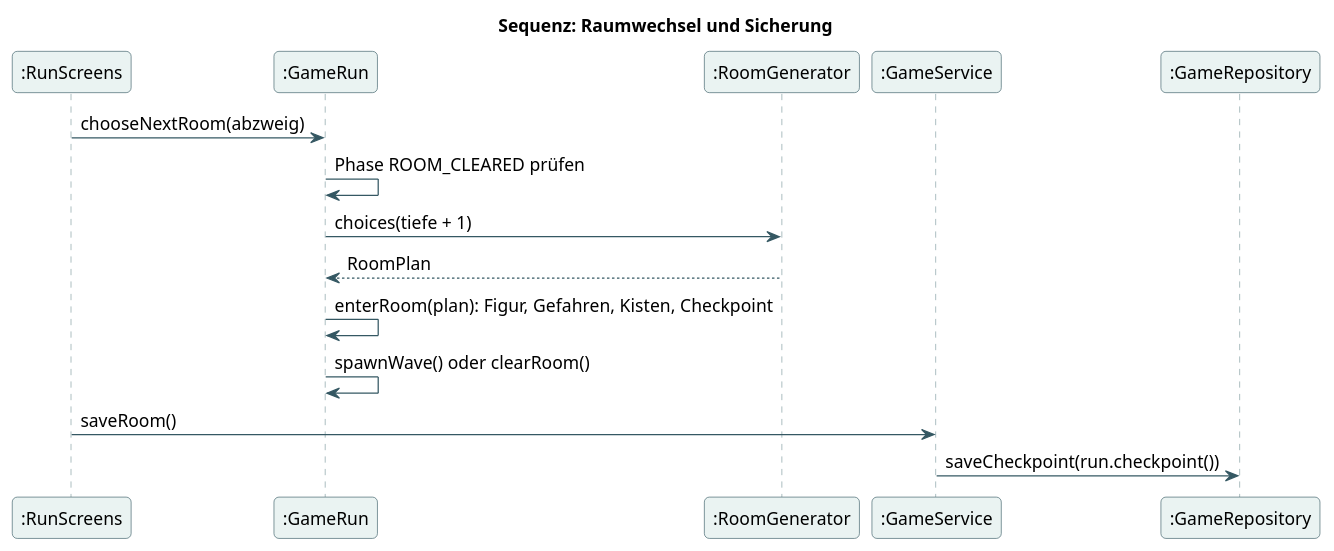
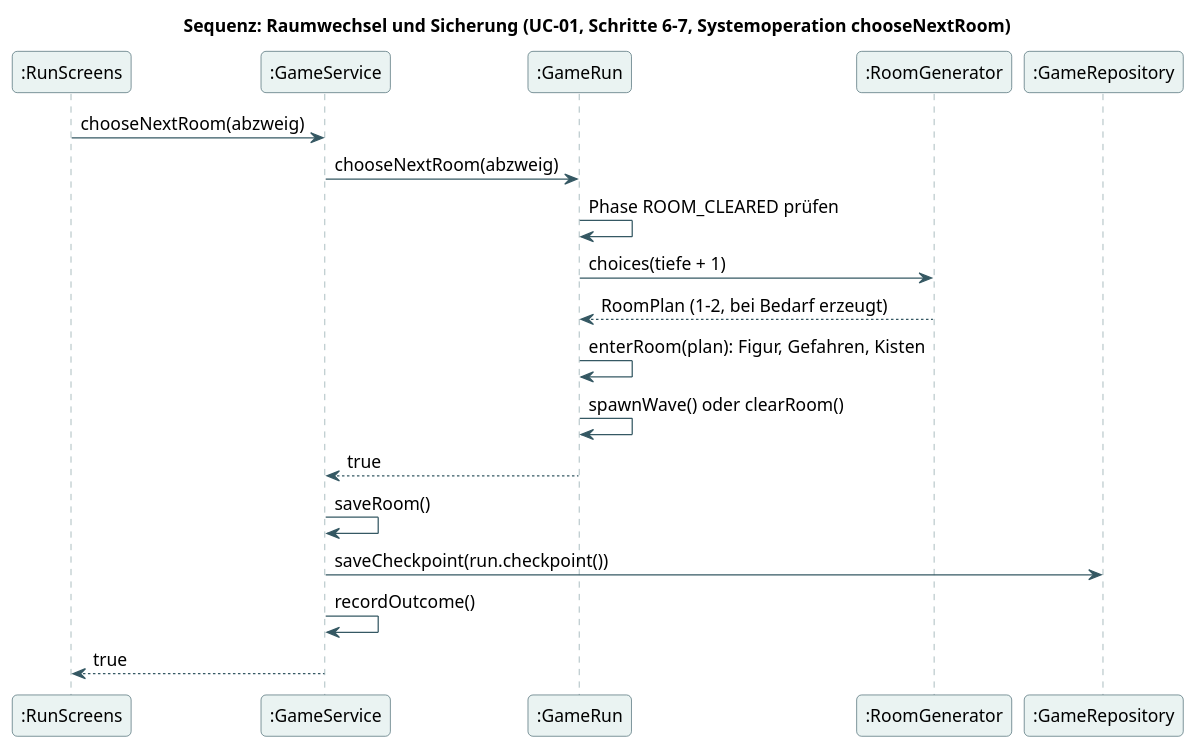
One commit to bassdav2/abyss changed the diagram in docs/diagrams/09-room-sequence.puml. Above: the diagram before and after it, drawn with PlantUML. The commit also changed 31 other files, not shown here.

```diff
--- a/docs/diagrams/09-room-sequence.puml
+++ b/docs/diagrams/09-room-sequence.puml
@@ -1,35 +1,39 @@
 @startuml
 skinparam backgroundColor #FFFFFF
 skinparam defaultFontName Arial
 skinparam defaultFontSize 14
 skinparam shadowing false
 skinparam roundcorner 8
 skinparam ArrowColor #355863
 skinparam classBackgroundColor #EAF3F2
 skinparam classBorderColor #355863
 skinparam participantBackgroundColor #EAF3F2
 skinparam participantBorderColor #355863
 skinparam sequenceLifeLineBorderColor #7A979C
 skinparam noteBackgroundColor #FFF2DA
 skinparam noteBorderColor #D8AA64
 skinparam packageBackgroundColor #F5F8F7
 skinparam packageBorderColor #6E8B91
 skinparam stateBackgroundColor #EAF3F2
 skinparam stateBorderColor #355863
 hide empty members
-title Sequenz: Raumwechsel und Sicherung
+title Sequenz: Raumwechsel und Sicherung (UC-01, Schritte 6–7, Systemoperation chooseNextRoom)
 participant ":RunScreens" as U
+participant ":GameService" as S
 participant ":GameRun" as R
 participant ":RoomGenerator" as G
-participant ":GameService" as S
 participant ":GameRepository" as Repo
-U -> R : chooseNextRoom(abzweig)
+U -> S : chooseNextRoom(abzweig)
+S -> R : chooseNextRoom(abzweig)
 R -> R : Phase ROOM_CLEARED prüfen
 R -> G : choices(tiefe + 1)
-G --> R : RoomPlan
-R -> R : enterRoom(plan): Figur, Gefahren, Kisten, Checkpoint
+G --> R : RoomPlan (1–2, bei Bedarf erzeugt)
+R -> R : enterRoom(plan): Figur, Gefahren, Kisten
 R -> R : spawnWave() oder clearRoom()
-U -> S : saveRoom()
+R --> S : true
+S -> S : saveRoom()
 S -> Repo : saveCheckpoint(run.checkpoint())
+S -> S : recordOutcome()
+S --> U : true
 
 @enduml
```
